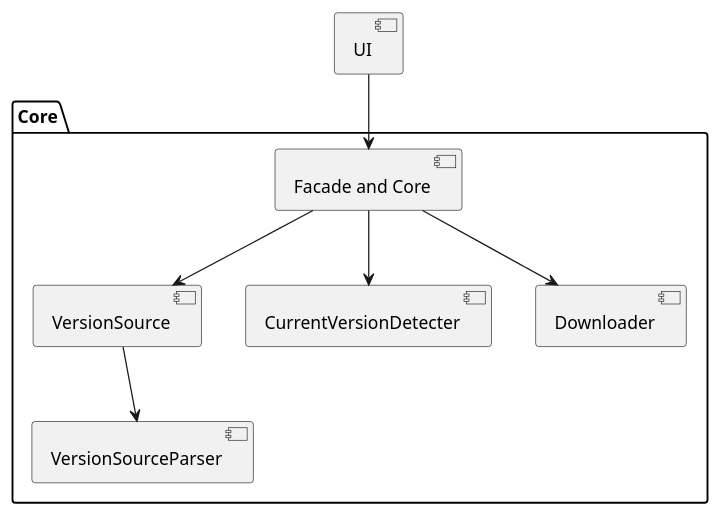
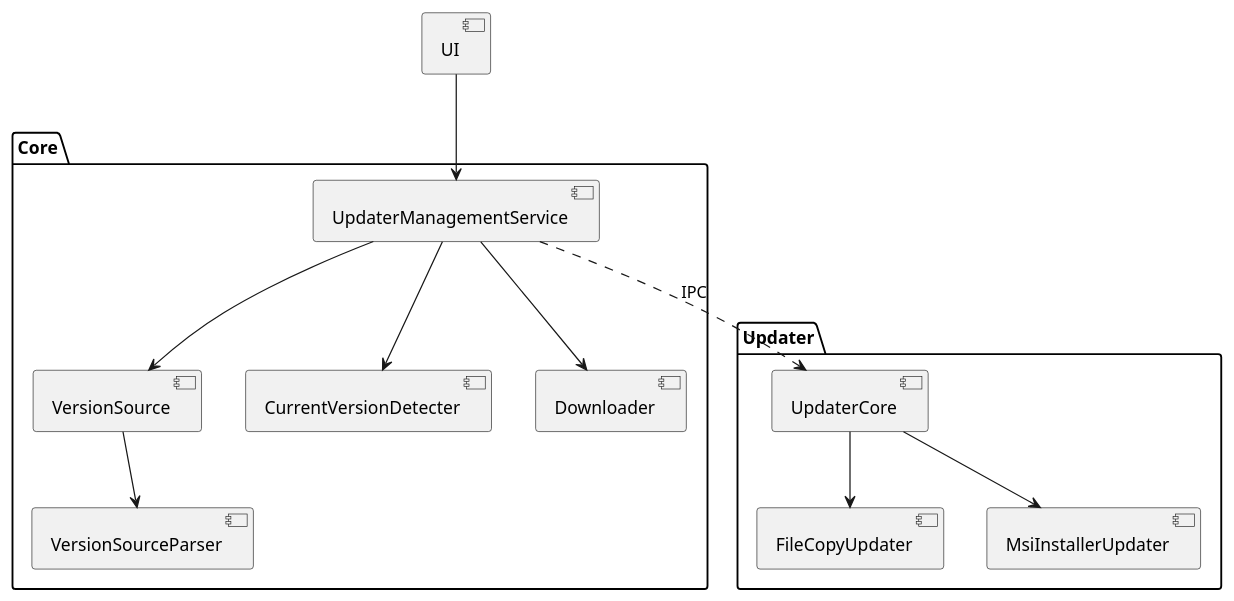
One commit to jasase/autoupdate.net changed the diagram in doc/diagrams/architecture.md. Above: the diagram before and after it, drawn with PlantUML. The commit also changed 1 other file, not shown here.

```diff
--- a/doc/diagrams/architecture.md
+++ b/doc/diagrams/architecture.md
@@ -1,33 +1,44 @@
 @startuml
 
 package "Core" {
     component [VersionSource]
     component [CurrentVersionDetecter]
     component [Downloader]   
     component [VersionSourceParser] 
-    component [Facade and Core] as Facade    
+    component [UpdaterManagementService] as Facade    
 }
+
+package "Updater" {
+    component [UpdaterCore]
+    component [FileCopyUpdater]
+    component [MsiInstallerUpdater]
+}
+
+[UpdaterCore] --> [FileCopyUpdater]
+[UpdaterCore] --> [MsiInstallerUpdater]
+
+[Facade] ..> [UpdaterCore] : IPC
 
 [Facade] --> [VersionSource]
 [Facade] --> [Downloader]
 
 [VersionSource] --> [VersionSourceParser]
 [Facade] --> [CurrentVersionDetecter]
 
 component [UI]
 [UI] --> [Facade]
 
 
 
 
 
 
 
 
 
 
 
 
 
 
 @enduml
```
